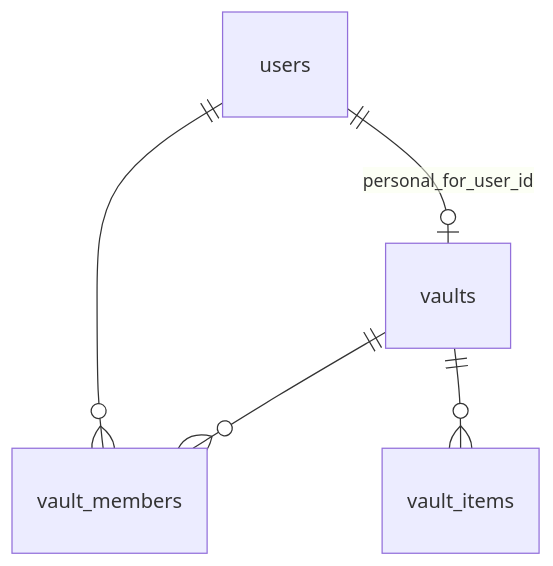
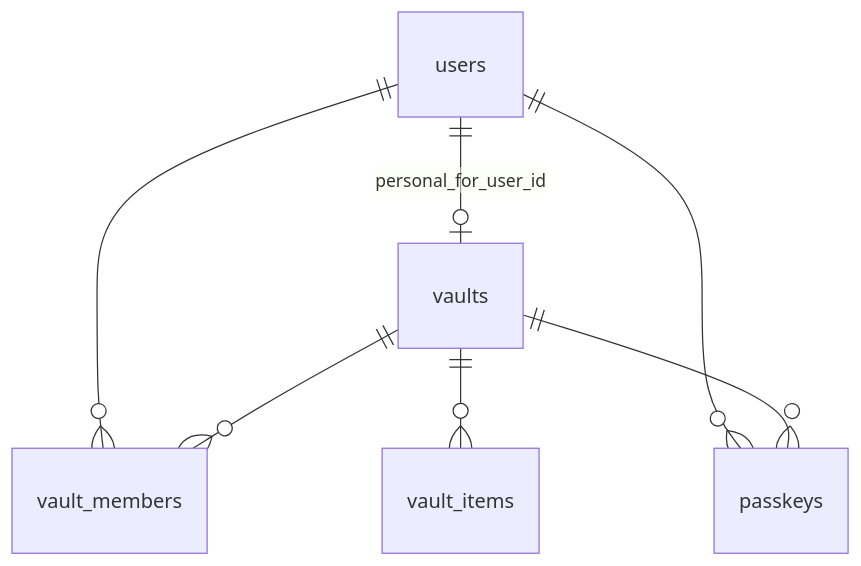
The diagram in docs/architecture/FOUNDATION.md (ecamp0s/evault), drawn with Mermaid before and after one commit. The commit also changed other lines of this file and 2 other files, not shown here.

````diff
--- a/docs/architecture/FOUNDATION.md
+++ b/docs/architecture/FOUNDATION.md
@@ -17,7 +17,9 @@
 ```mermaid
 erDiagram
     users ||--o| vaults : "personal_for_user_id"
     users ||--o{ vault_members : ""
     vaults ||--o{ vault_members : ""
     vaults ||--o{ vault_items : ""
+    users ||--o{ passkeys : ""
+    vaults ||--o{ passkeys : ""
 ```
````
